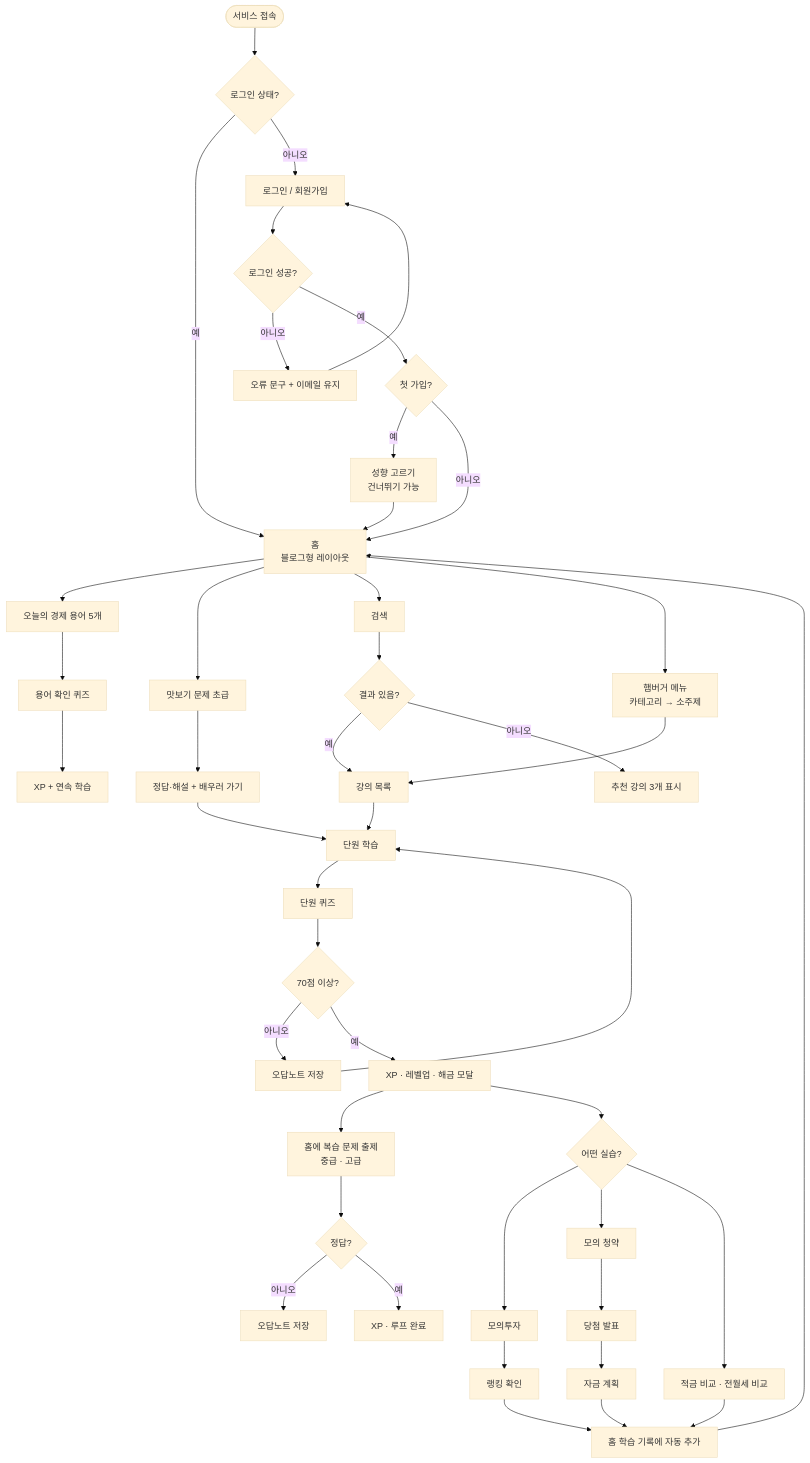
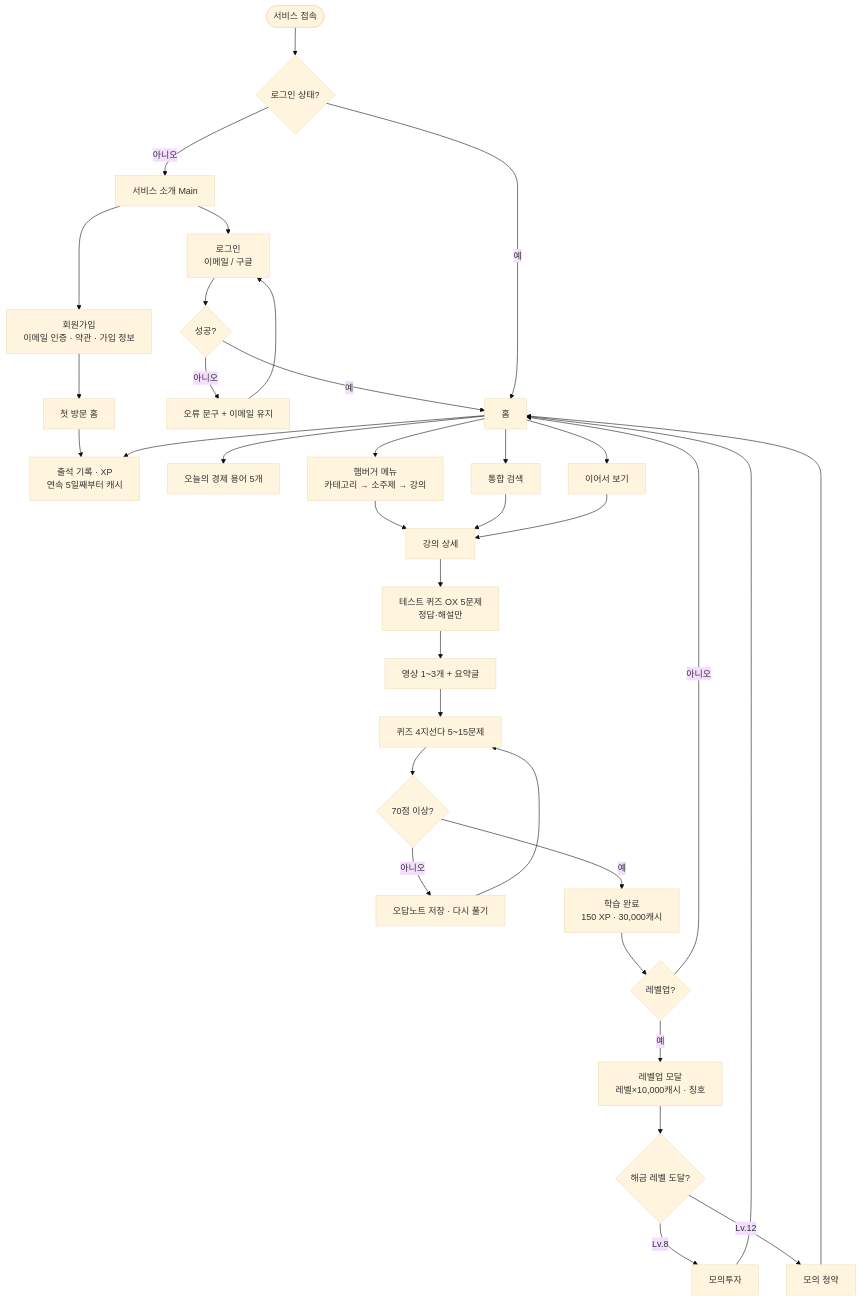
The eighth of 13 diagrams in docs/MoneyBeetle_업무분석.md (bukkeu/my-home-finish), drawn with Mermaid (base theme) before and after one commit. The commit also changed other lines of this file, not shown here.

````diff
--- a/docs/MoneyBeetle_업무분석.md
+++ b/docs/MoneyBeetle_업무분석.md
@@ -507,35 +461,35 @@
 ```mermaid
 flowchart TD
     START([서비스 접속]) --> LOGGED{로그인 상태?}
-    LOGGED -- 예 --> HOME[홈<br/>블로그형 레이아웃]
-    LOGGED -- 아니오 --> LOGIN[로그인 / 회원가입]
-    LOGIN --> OK{로그인 성공?}
+    LOGGED -- 아니오 --> MAIN[서비스 소개 Main]
+    MAIN --> SIGNUP[회원가입<br/>이메일 인증 · 약관 · 가입 정보]
+    MAIN --> LOGIN[로그인<br/>이메일 / 구글]
+    SIGNUP --> HOME1[첫 방문 홈]
+    LOGIN --> OK{성공?}
     OK -- 아니오 --> ERR[오류 문구 + 이메일 유지] --> LOGIN
-    OK -- 예 --> FIRST{첫 가입?}
-    FIRST -- 예 --> ONB[성향 고르기<br/>건너뛰기 가능] --> HOME
-    FIRST -- 아니오 --> HOME
-
-    HOME --> TERM[오늘의 경제 용어 5개] --> TQ[용어 확인 퀴즈] --> TX[XP + 연속 학습]
-    HOME --> PREQ[맛보기 문제 초급] --> PREA[정답·해설 + 배우러 가기] --> LESSON
-    HOME --> SEARCH[검색] --> HAS{결과 있음?}
-    HAS -- 예 --> LIST
-    HAS -- 아니오 --> EMPTY[추천 강의 3개 표시]
-    HOME --> MENU[햄버거 메뉴<br/>카테고리 → 소주제] --> LIST[강의 목록]
-
-    LIST --> LESSON[단원 학습] --> QUIZ[단원 퀴즈] --> PASS{70점 이상?}
-    PASS -- 아니오 --> WRONG[오답노트 저장] --> LESSON
-    PASS -- 예 --> REWARD[XP · 레벨업 · 해금 모달]
-    REWARD --> POSTQ[홈에 복습 문제 출제<br/>중급 · 고급] --> POSTOK{정답?}
-    POSTOK -- 아니오 --> WRONG2[오답노트 저장]
-    POSTOK -- 예 --> POSTXP[XP · 루프 완료]
-
-    REWARD --> PICK{어떤 실습?}
-    PICK --> INVEST[모의투자] --> RANK[랭킹 확인]
-    PICK --> APPLY[모의 청약] --> RESULT[당첨 발표] --> PLAN[자금 계획]
-    PICK --> SIMPLE[적금 비교 · 전월세 비교]
-
-    RANK --> LOG[홈 학습 기록에 자동 추가]
-    PLAN --> LOG
-    SIMPLE --> LOG
-    LOG --> HOME
+    OK -- 예 --> HOME2[홈]
+    LOGGED -- 예 --> HOME2
+    HOME1 --> ATT
+    HOME2 --> ATT[출석 기록 · XP<br/>연속 5일째부터 캐시]
+    HOME2 --> TERM[오늘의 경제 용어 5개]
+    HOME2 --> CAT[햄버거 메뉴<br/>카테고리 → 소주제 → 강의]
+    HOME2 --> SEARCH[통합 검색]
+    HOME2 --> CONT[이어서 보기]
+    CAT --> DETAIL[강의 상세]
+    SEARCH --> DETAIL
+    CONT --> DETAIL
+    DETAIL --> OX[테스트 퀴즈 OX 5문제<br/>정답·해설만]
+    OX --> VIDEO[영상 1~3개 + 요약글]
+    VIDEO --> QUIZ[퀴즈 4지선다 5~15문제]
+    QUIZ --> PASS{70점 이상?}
+    PASS -- 아니오 --> WRONG[오답노트 저장 · 다시 풀기] --> QUIZ
+    PASS -- 예 --> DONE[학습 완료<br/>150 XP · 30,000캐시]
+    DONE --> LV{레벨업?}
+    LV -- 예 --> LVUP[레벨업 모달<br/>레벨×10,000캐시 · 칭호]
+    LVUP --> UNLOCK{해금 레벨 도달?}
+    UNLOCK -- Lv.8 --> TRADE[모의투자]
+    UNLOCK -- Lv.12 --> HOUSE[모의 청약]
+    LV -- 아니오 --> HOME2
+    TRADE --> HOME2
+    HOUSE --> HOME2
 ```
````
